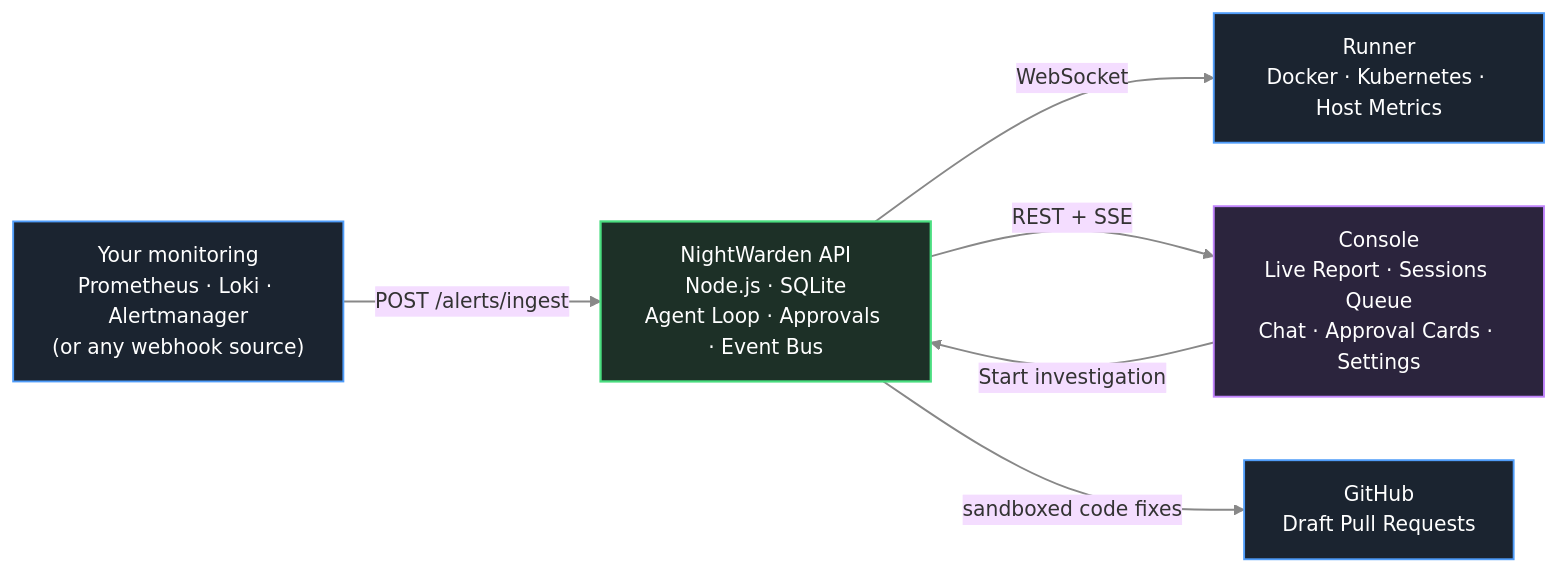
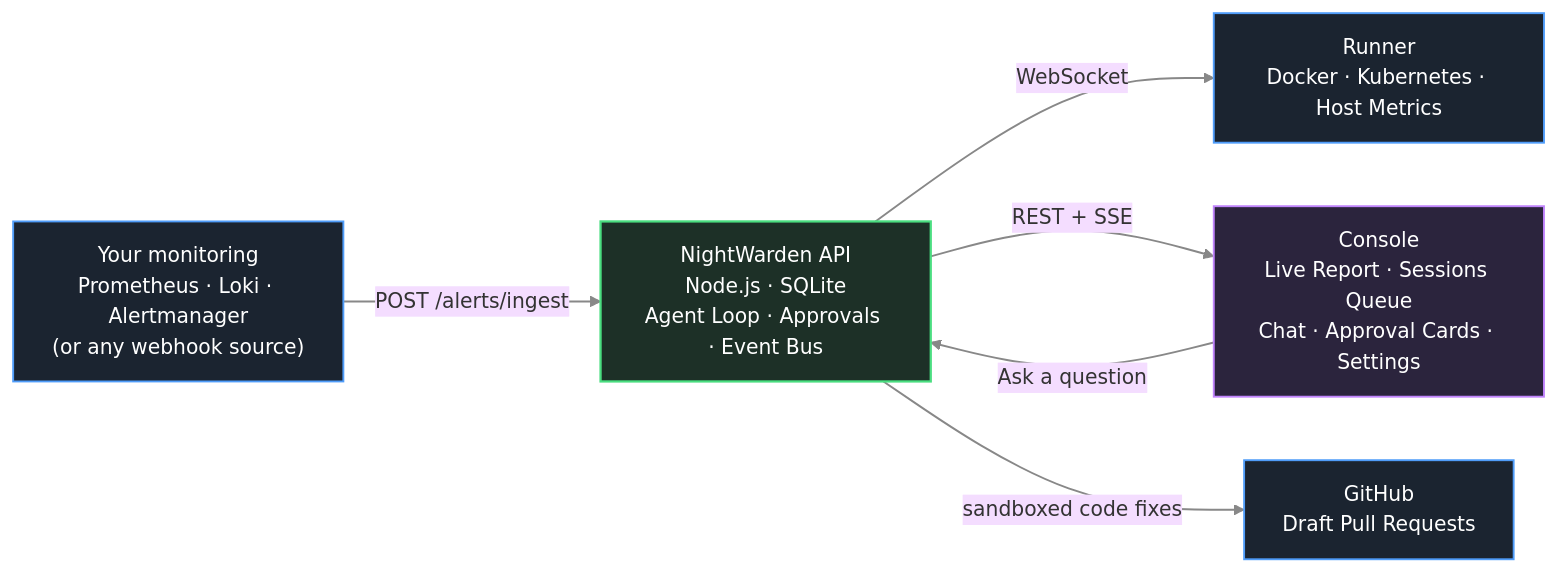
Before and after one commit to PrabhatMattoo/NightWarden: the diagram in README.md, drawn with Mermaid (base theme). The commit also changed other lines of this file and 11 other files, not shown here.

````diff
--- a/README.md
+++ b/README.md
@@ -20,32 +20,32 @@
 ```mermaid
 flowchart LR
 
 %% Infrastructure
 monitoring["Your monitoring<br/>Prometheus · Loki · Alertmanager<br/>(or any webhook source)"]
 runner["Runner<br/>Docker · Kubernetes · Host Metrics"]
 
 %% Brain
 api["NightWarden API<br/>Node.js · SQLite<br/>Agent Loop · Approvals · Event Bus"]
 
 %% UI
 console["Console<br/>Live Report · Sessions Queue<br/>Chat · Approval Cards · Settings"]
 
 %% Code
 github["GitHub<br/>Draft Pull Requests"]
 
 monitoring -- POST /alerts/ingest --> api
-console -- Start investigation --> api
+console -- Ask a question --> api
 api -- WebSocket --> runner
 api -- REST + SSE --> console
 api -- sandboxed code fixes --> github
 
 classDef infra fill:#1b2430,stroke:#4f9cf9,color:#fff,stroke-width:1.5;
 classDef api fill:#1d3027,stroke:#4ade80,color:#fff,stroke-width:1.8;
 classDef ui fill:#2b243d,stroke:#c084fc,color:#fff,stroke-width:1.5;
 
 class monitoring,runner,github infra;
 class api api;
 class console ui;
 
 linkStyle default stroke:#888,stroke-width:1.5;
 ```
````
